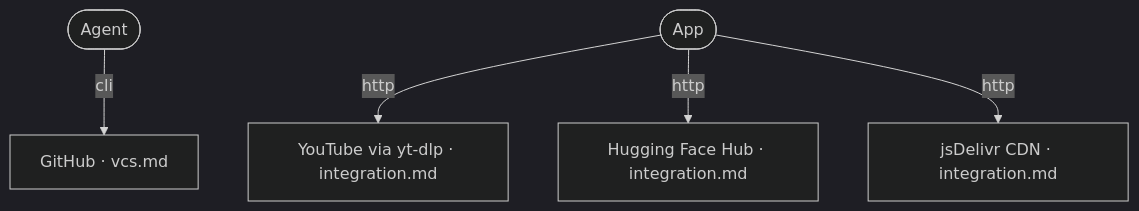
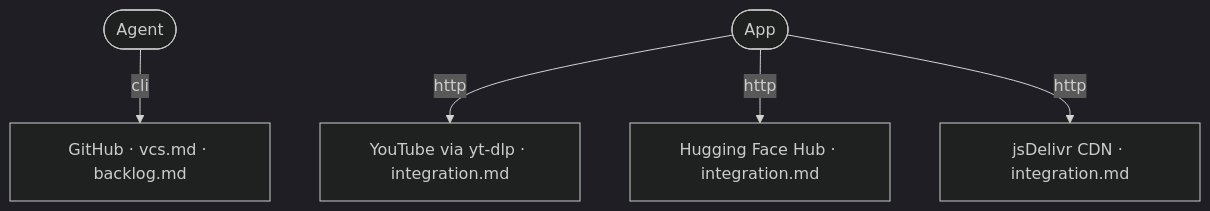
The diagram in aidd_docs/memory/ecosystem.md (kevpdev/yt-transcriber), drawn with Mermaid (dark theme) before and after one commit. The commit also changed 10 other files, not shown here.

````diff
--- a/aidd_docs/memory/ecosystem.md
+++ b/aidd_docs/memory/ecosystem.md
@@ -3,14 +3,14 @@
 ```mermaid
 flowchart TD
   Agent([Agent])
   App([App])
-  Vcs["GitHub · vcs.md"]
+  Vcs["GitHub · vcs.md · backlog.md"]
   YouTube["YouTube via yt-dlp · integration.md"]
   Hub["Hugging Face Hub · integration.md"]
   Cdn["jsDelivr CDN · integration.md"]
 
   Agent -- cli --> Vcs
   App -- http --> YouTube
   App -- http --> Hub
   App -- http --> Cdn
 ```
````
